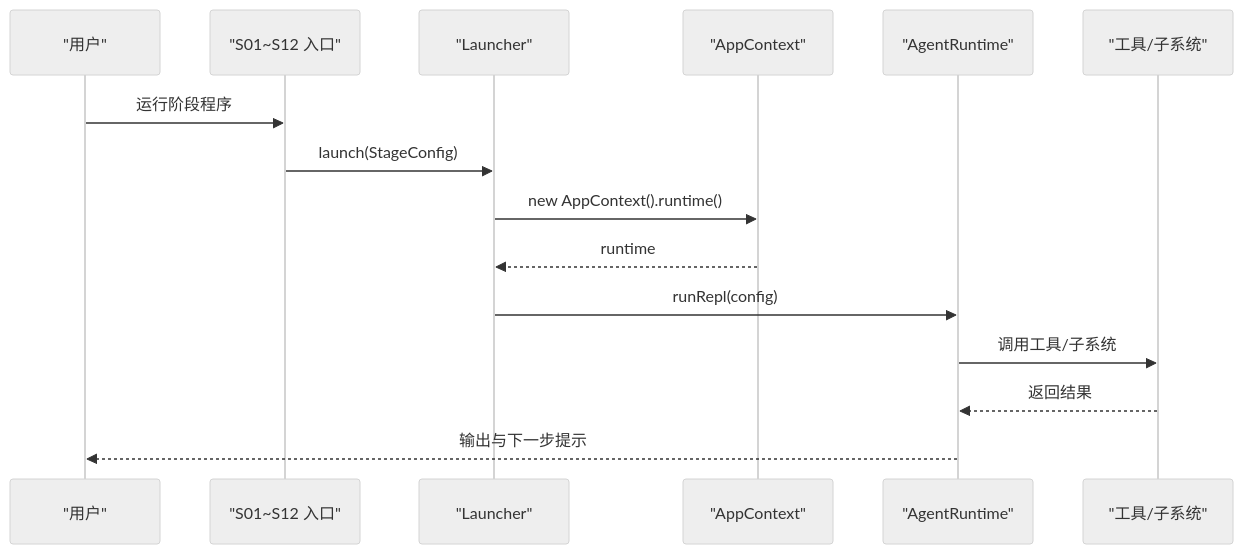
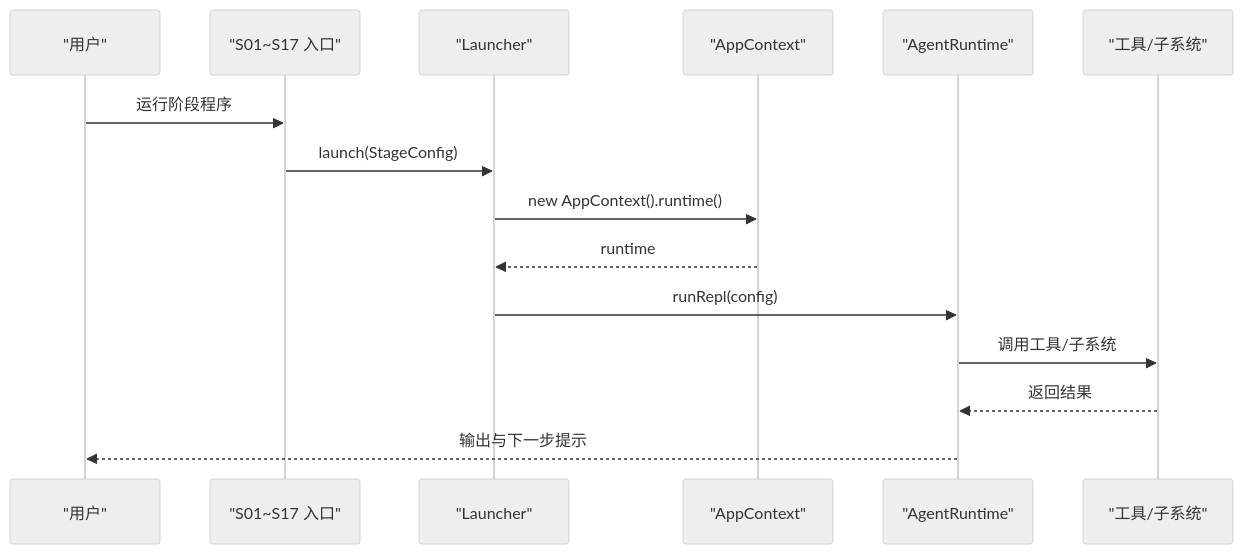
Before and after one commit to chenlds1994/learn-claude-code-java: the second of 3 diagrams in .qoder/repowiki/zh/content/学习阶段详解/学习阶段详解.md, drawn with Mermaid (neutral theme). The commit also changed other lines of this file and 94 other files, not shown here.

````diff
--- a/.qoder/repowiki/zh/content/学习阶段详解/学习阶段详解.md
+++ b/.qoder/repowiki/zh/content/学习阶段详解/学习阶段详解.md
@@ -82,17 +89,17 @@
 ```mermaid
 sequenceDiagram
 participant U as "用户"
-participant E as "S01~S12 入口"
+participant E as "S01~S17 入口"
 participant L as "Launcher"
 participant AC as "AppContext"
 participant RT as "AgentRuntime"
 participant T as "工具/子系统"
 U->>E : 运行阶段程序
 E->>L : launch(StageConfig)
 L->>AC : new AppContext().runtime()
 AC-->>L : runtime
 L->>RT : runRepl(config)
 RT->>T : 调用工具/子系统
 T-->>RT : 返回结果
 RT-->>U : 输出与下一步提示
 ```
````
